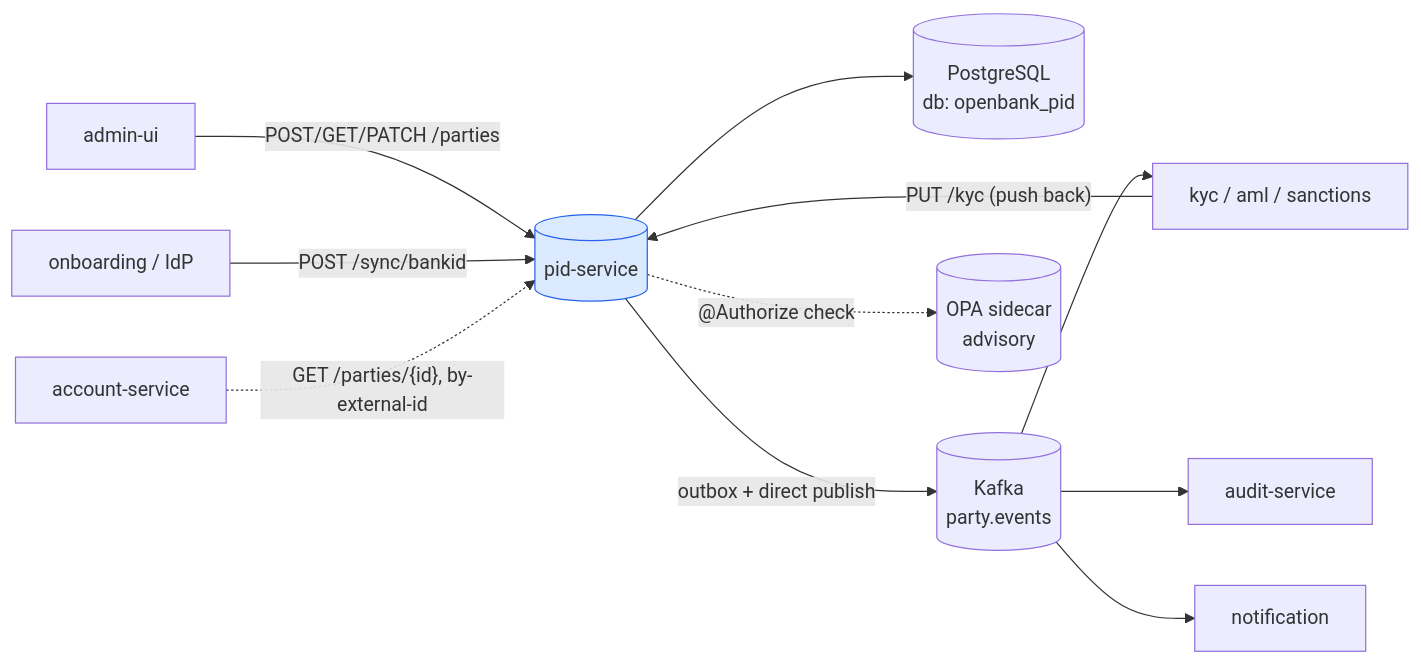
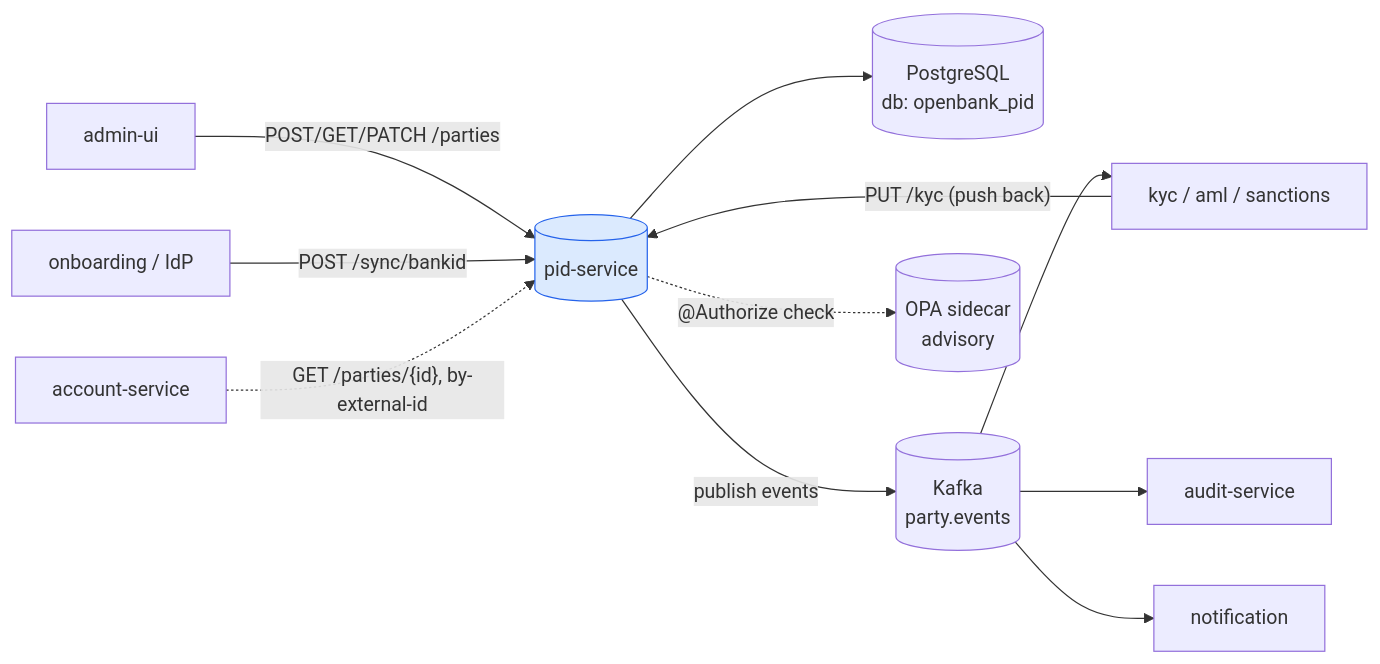
Before and after one commit to JiRaska/open-bank-oss: the first of 3 diagrams in openbank-pid-service/src/main/resources/docs/02-architecture.en.md, drawn with Mermaid. The commit also changed other lines of this file and 41 other files, not shown here.

First line of the commit message:
fix(pid): retire the unwired PID outbox channel

````diff
--- a/openbank-pid-service/src/main/resources/docs/02-architecture.en.md
+++ b/openbank-pid-service/src/main/resources/docs/02-architecture.en.md
@@ -5,29 +5,29 @@
 ```mermaid
 graph LR
   admin[admin-ui]
   onb[onboarding / IdP]
   acc[account-service]
   kyc[kyc / aml / sanctions]
   audit[audit-service]
   notif[notification]
 
   pid[(pid-service)]:::svc
   db[(PostgreSQL<br/>db: openbank_pid)]
   kafka[(Kafka<br/>party.events)]
   opa[(OPA sidecar<br/>advisory)]
 
   admin -- "POST/GET/PATCH /parties" --> pid
   onb -- "POST /sync/bankid" --> pid
   acc -. "GET /parties/{id}, by-external-id" .-> pid
   kyc -- "PUT /kyc (push back)" --> pid
 
   pid --> db
-  pid -- "outbox + direct publish" --> kafka
+  pid -- "publish events" --> kafka
   pid -. "@Authorize check" .-> opa
 
   kafka --> kyc
   kafka --> audit
   kafka --> notif
 
   classDef svc fill:#dbeafe,stroke:#2563eb
 ```
````
